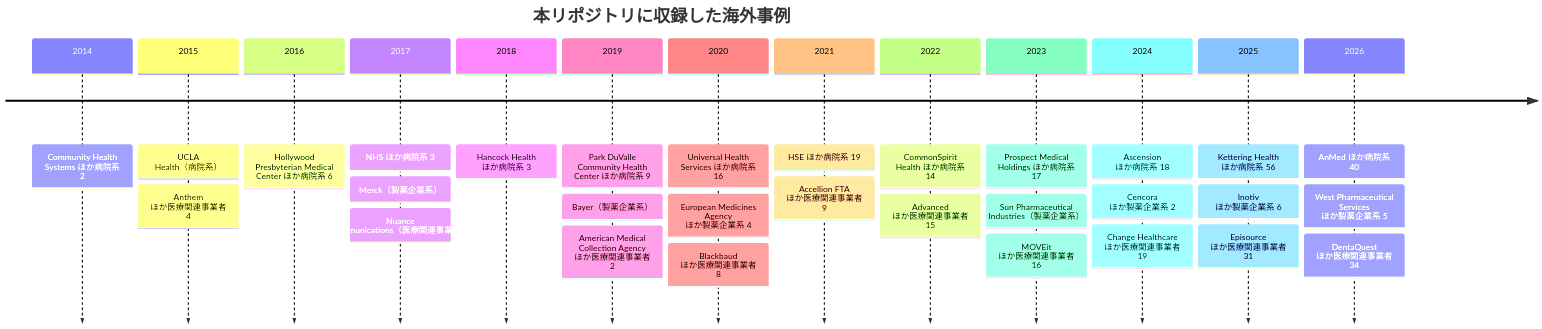
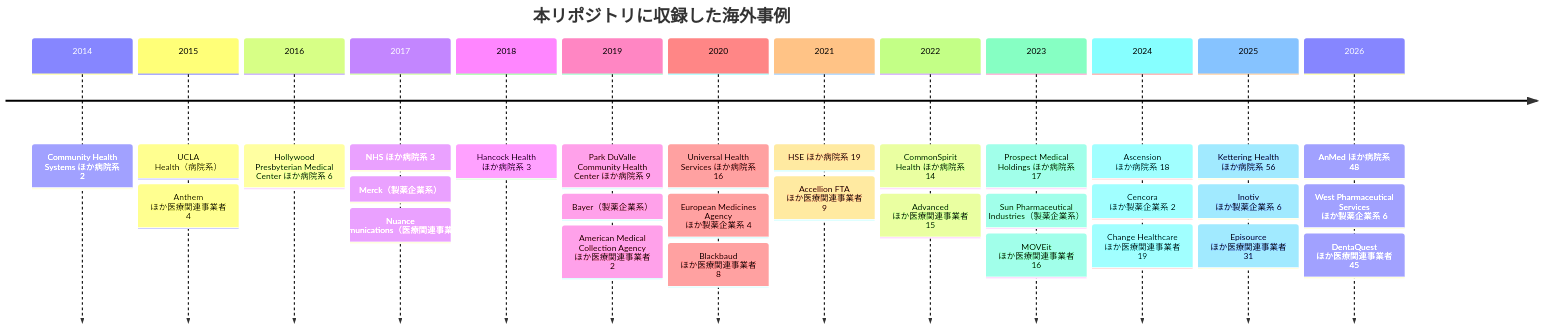
The diagram in docs/threats/incidents/global/README.md (scgajge12/awesome-healthcare-security), drawn with Mermaid before and after one commit. The commit also changed other lines of this file and 6 other files, not shown here.

````diff
--- a/docs/threats/incidents/global/README.md
+++ b/docs/threats/incidents/global/README.md
@@ -22,17 +22,17 @@
 ```mermaid
 timeline
     title 本リポジトリに収録した海外事例
     2014 : Community Health Systems ほか病院系 2
     2015 : UCLA Health（病院系） : Anthem ほか医療関連事業者 4
     2016 : Hollywood Presbyterian Medical Center ほか病院系 6
     2017 : NHS ほか病院系 3 : Merck（製薬企業系） : Nuance Communications（医療関連事業者）
     2018 : Hancock Health ほか病院系 3
     2019 : Park DuValle Community Health Center ほか病院系 9 : Bayer（製薬企業系） : American Medical Collection Agency ほか医療関連事業者 2
     2020 : Universal Health Services ほか病院系 16 : European Medicines Agency ほか製薬企業系 4 : Blackbaud ほか医療関連事業者 8
     2021 : HSE ほか病院系 19 : Accellion FTA ほか医療関連事業者 9
     2022 : CommonSpirit Health ほか病院系 14 : Advanced ほか医療関連事業者 15
     2023 : Prospect Medical Holdings ほか病院系 17 : Sun Pharmaceutical Industries（製薬企業系） : MOVEit ほか医療関連事業者 16
     2024 : Ascension ほか病院系 18 : Cencora ほか製薬企業系 2 : Change Healthcare ほか医療関連事業者 19
     2025 : Kettering Health ほか病院系 56 : Inotiv ほか製薬企業系 6 : Episource ほか医療関連事業者 31
-    2026 : AnMed ほか病院系 40 : West Pharmaceutical Services ほか製薬企業系 5 : DentaQuest ほか医療関連事業者 34
+    2026 : AnMed ほか病院系 48 : West Pharmaceutical Services ほか製薬企業系 6 : DentaQuest ほか医療関連事業者 45
 ```
````
